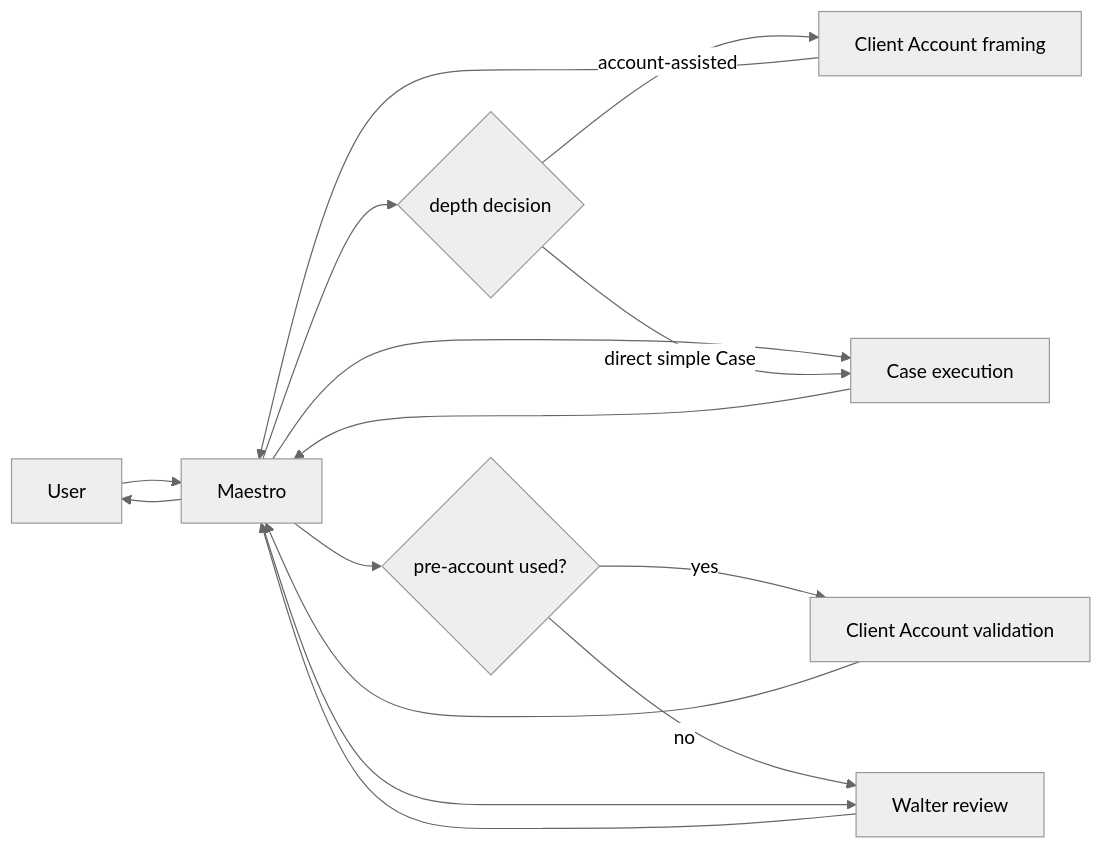
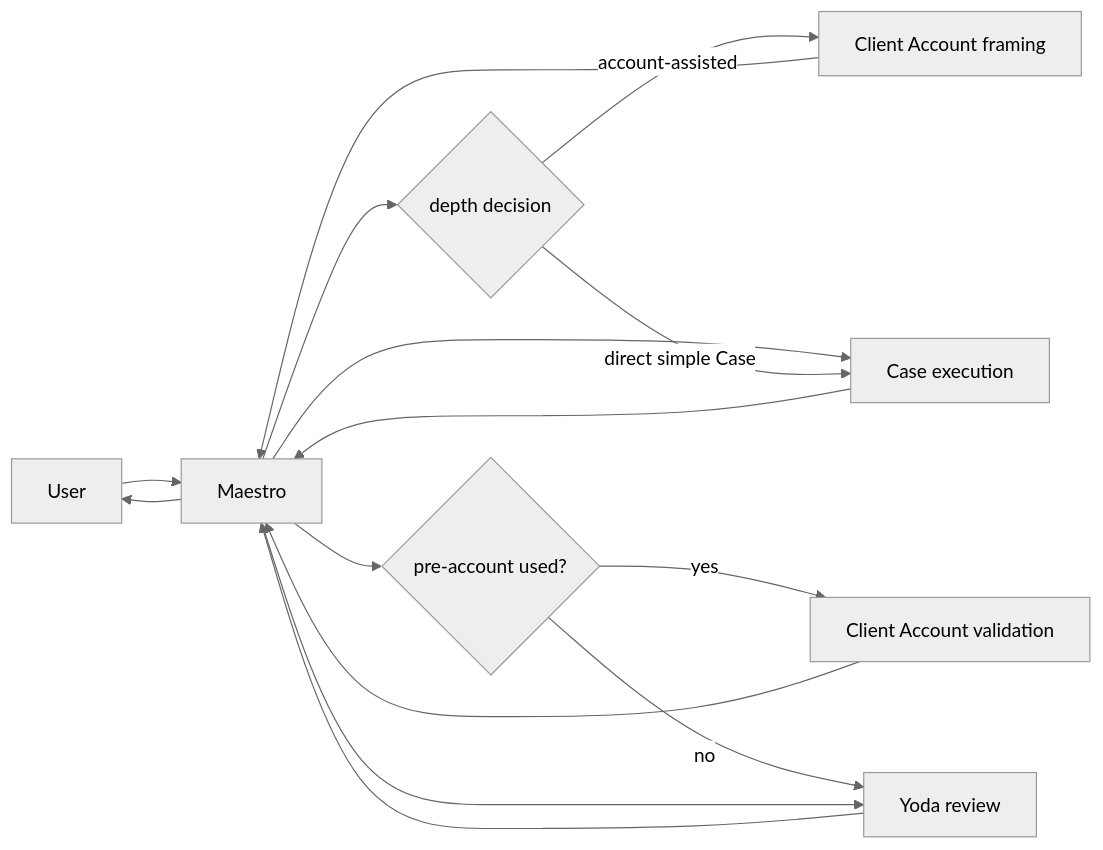
The diagram in specs/018-maestro-core-agents.md (agentic-os-brasil/bcg-brasil-agentic-os), drawn with Mermaid (neutral theme) before and after one commit. The commit also changed other lines of this file and 159 other files, not shown here.

First line of the commit message:
refactor: rename Walter → Mestre Yoda 🧙 (persona, package, contracts) (#375)

````diff
--- a/specs/018-maestro-core-agents.md
+++ b/specs/018-maestro-core-agents.md
@@ -32,17 +32,17 @@
 ```mermaid
 flowchart LR
   User --> Maestro
   Maestro --> D{depth decision}
   D -->|account-assisted| Account[Client Account framing]
   Account --> Maestro
   Maestro --> Case[Case execution]
   D -->|direct simple Case| Case
   Case --> Maestro
   Maestro --> V{pre-account used?}
   V -->|yes| Validate[Client Account validation]
-  V -->|no| Walter[Walter review]
+  V -->|no| Yoda[Yoda review]
   Validate --> Maestro
-  Maestro --> Walter
-  Walter --> Maestro
+  Maestro --> Yoda
+  Yoda --> Maestro
   Maestro --> User
 ```
````
